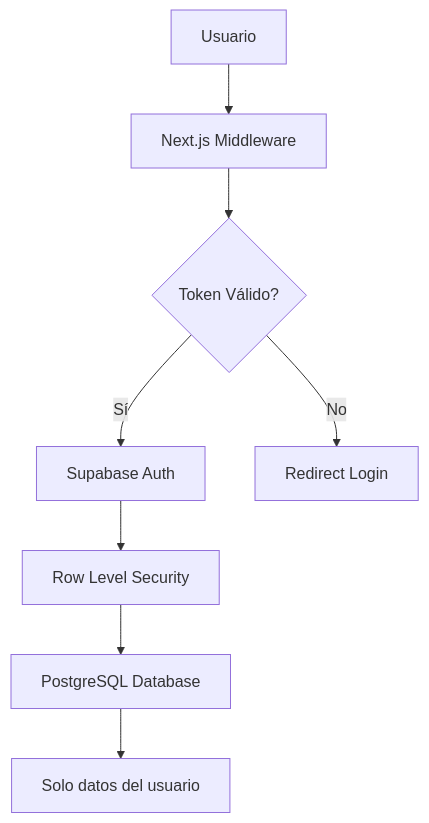
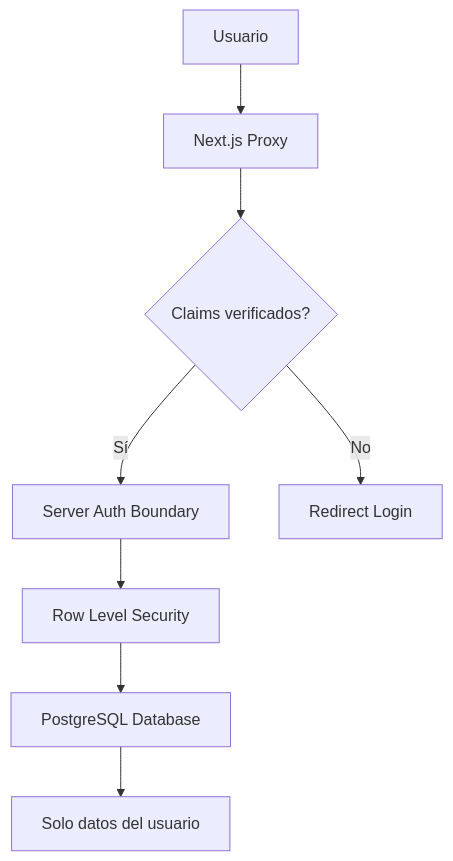
One commit to devchemical/Keepel changed the fifth of 6 diagrams in README.md. Above: the diagram before and after it, drawn with Mermaid. The commit also changed other lines of this file and 12 other files, not shown here.

````diff
--- a/README.md
+++ b/README.md
@@ -682,10 +678,10 @@
 ```mermaid
 graph TD
-    A[Usuario] --> B[Next.js Middleware]
-    B --> C{Token Válido?}
-    C -->|Sí| D[Supabase Auth]
+    A[Usuario] --> B[Next.js Proxy]
+    B --> C{Claims verificados?}
+    C -->|Sí| D[Server Auth Boundary]
     C -->|No| E[Redirect Login]
     D --> F[Row Level Security]
     F --> G[PostgreSQL Database]
     G --> H[Solo datos del usuario]
 ```
````
